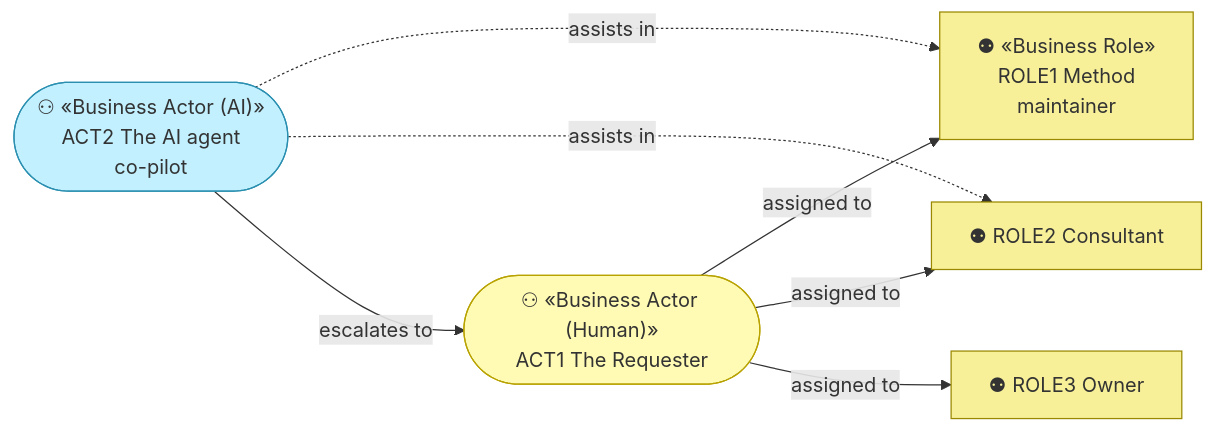
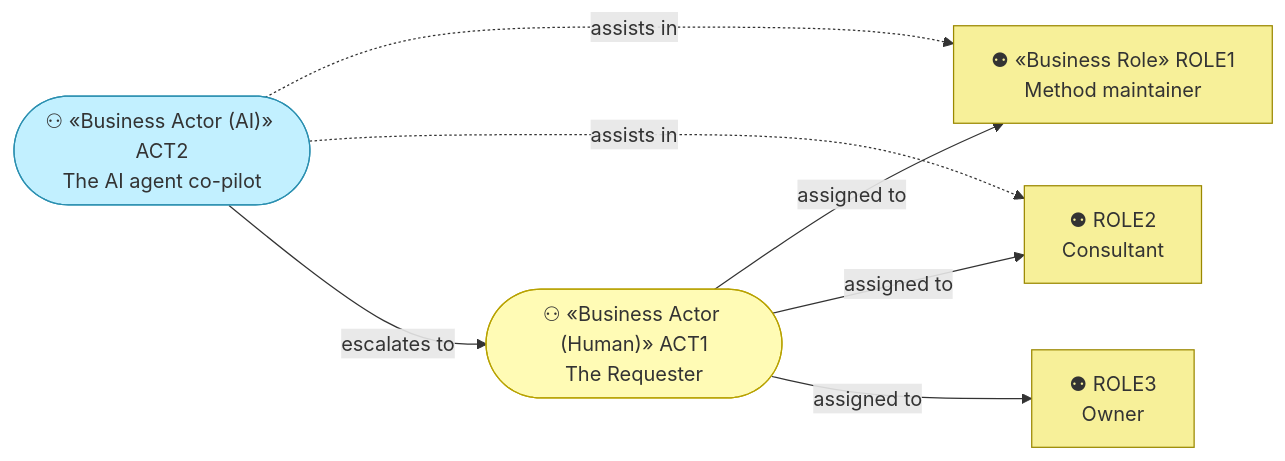
One commit to roanboc/architecture-archreator changed the second of 3 diagrams in organization/docs/ea/2_business/1_business-actors-and-roles.md. Above: the diagram before and after it, drawn with Mermaid. The commit also changed other lines of this file and 6 other files, not shown here.

````diff
--- a/organization/docs/ea/2_business/1_business-actors-and-roles.md
+++ b/organization/docs/ea/2_business/1_business-actors-and-roles.md
@@ -53,20 +53,20 @@
 ```mermaid
 flowchart LR
-  act1(["⚇ «Business Actor (Human)»<br>ACT1 The Requester"]):::actor
-  act2(["⚇ «Business Actor (AI)»<br>ACT2 The AI agent<br>co-pilot"]):::actorai
+  act1(["⚇ «Business Actor (Human)» ACT1<br>The Requester"]):::actor
+  act2(["⚇ «Business Actor (AI)» ACT2<br>The AI agent co-pilot"]):::actorai
 
-  role1["⚉ «Business Role»<br>ROLE1 Method<br>maintainer"]:::role
-  role2["⚉ ROLE2 Consultant"]:::role
-  role3["⚉ ROLE3 Owner"]:::role
+  role1["⚉ «Business Role» ROLE1<br>Method maintainer"]:::role
+  role2["⚉ ROLE2<br>Consultant"]:::role
+  role3["⚉ ROLE3<br>Owner"]:::role
 
   act1 -->|assigned to| role1
   act1 -->|assigned to| role2
   act1 -->|assigned to| role3
   act2 -.->|assists in| role1
   act2 -.->|assists in| role2
   act2 -->|escalates to| act1
 
   classDef actor fill:#fffbb5,stroke:#b8a200,color:#333
   classDef actorai fill:#c2f0ff,stroke:#2a8fb0,color:#333
   classDef role fill:#f7f099,stroke:#9a8800,color:#333
 ```
````
